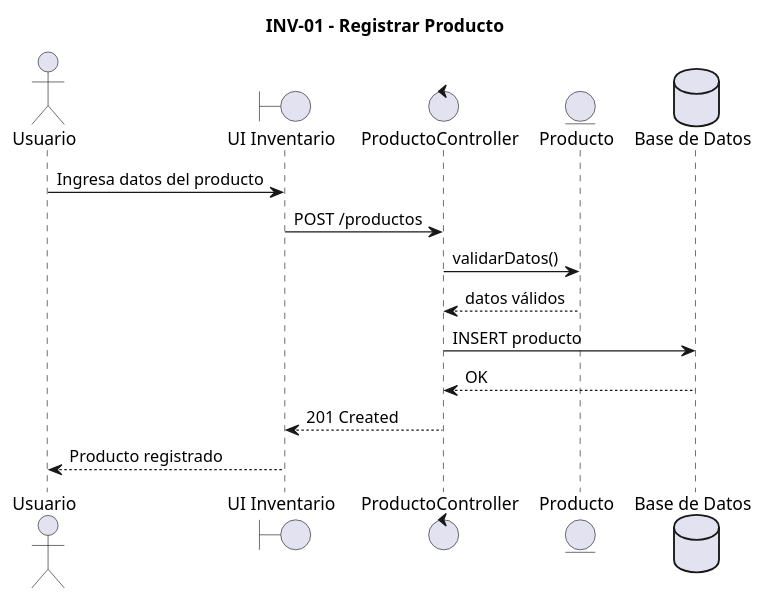
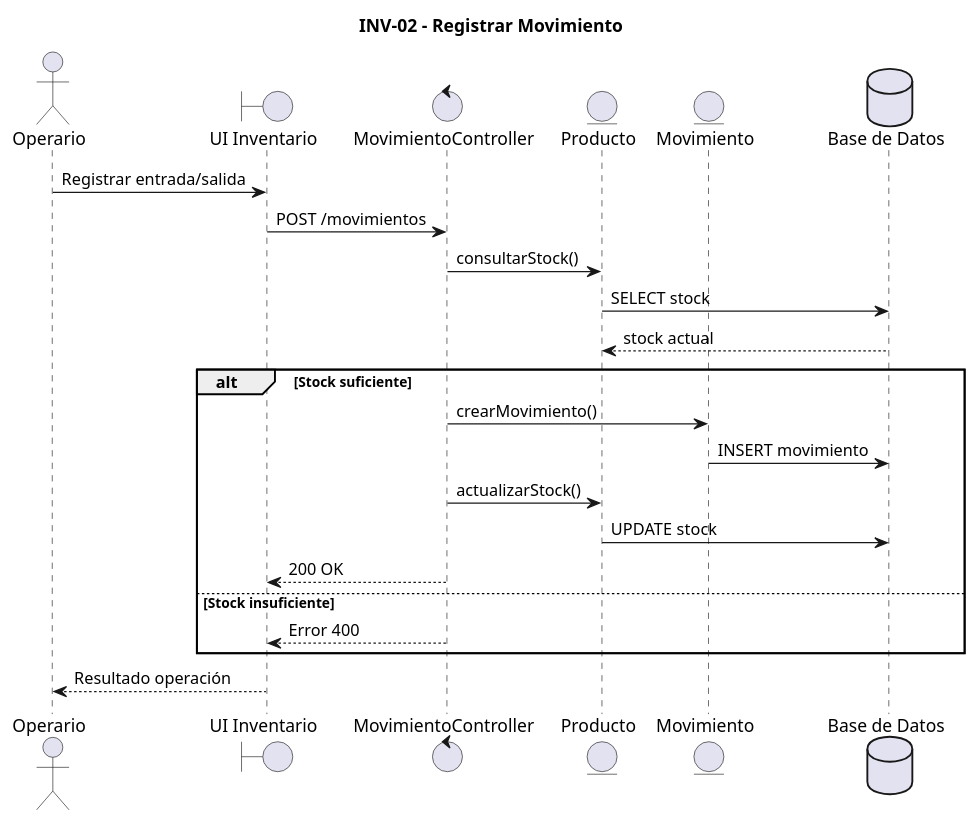
Before and after one commit to Estteban-xc/erp-scrum-equipoX: the diagram in diagrams/inventario/secuencia-INV-02-registrar-producto.puml, drawn with PlantUML.

```diff
--- a/diagrams/inventario/secuencia-INV-02-registrar-producto.puml
+++ b/diagrams/inventario/secuencia-INV-02-registrar-producto.puml
@@ -1,20 +1,30 @@
 @startuml
-title INV-01 - Registrar Producto
+title INV-02 - Registrar Movimiento
 
-actor Usuario
+actor Operario
 
 boundary "UI Inventario" as UI
-control "ProductoController" as Controller
+control "MovimientoController" as Controller
 entity "Producto" as Producto
+entity "Movimiento" as Movimiento
 database "Base de Datos" as DB
 
-Usuario -> UI : Ingresa datos del producto
-UI -> Controller : POST /productos
-Controller -> Producto : validarDatos()
-Producto --> Controller : datos válidos
-Controller -> DB : INSERT producto
-DB --> Controller : OK
-Controller --> UI : 201 Created
-UI --> Usuario : Producto registrado
+Operario -> UI : Registrar entrada/salida
+UI -> Controller : POST /movimientos
+Controller -> Producto : consultarStock()
+Producto -> DB : SELECT stock
+DB --> Producto : stock actual
+
+alt Stock suficiente
+    Controller -> Movimiento : crearMovimiento()
+    Movimiento -> DB : INSERT movimiento
+    Controller -> Producto : actualizarStock()
+    Producto -> DB : UPDATE stock
+    Controller --> UI : 200 OK
+else Stock insuficiente
+    Controller --> UI : Error 400
+end
+
+UI --> Operario : Resultado operación
 
 @enduml
```
